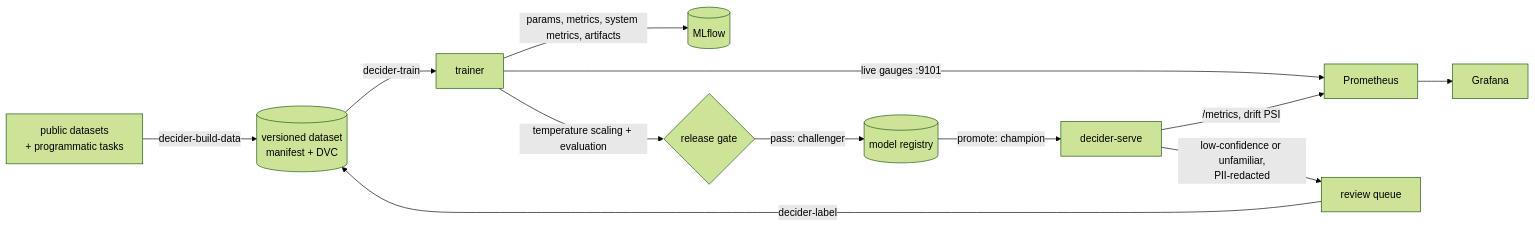
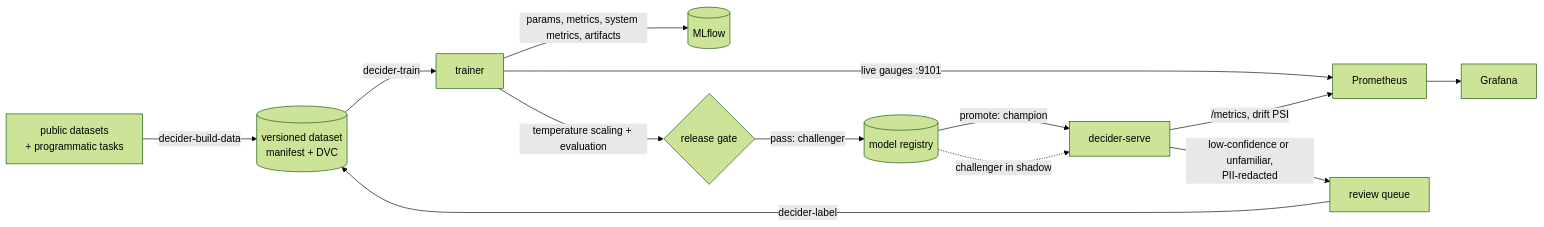
One commit to Zayan-droid/Jev changed the diagram in README.md. Above: the diagram before and after it, drawn with Mermaid (forest theme). The commit also changed other lines of this file and 16 other files, not shown here.

````diff
--- a/README.md
+++ b/README.md
@@ -236,13 +239,14 @@
 ```mermaid
 flowchart LR
   src[public datasets<br/>+ programmatic tasks] -->|decider-build-data| data[(versioned dataset<br/>manifest + DVC)]
   data -->|decider-train| train[trainer]
   train -->|params, metrics, system metrics, artifacts| mlflow[(MLflow)]
   train -->|live gauges :9101| prom[Prometheus] --> grafana[Grafana]
   train -->|temperature scaling + evaluation| gate{release gate}
   gate -->|pass: challenger| registry[(model registry)]
   registry -->|promote: champion| serve[decider-serve]
+  registry -.->|challenger in shadow| serve
   serve -->|/metrics, drift PSI| prom
   serve -->|low-confidence or unfamiliar,<br/>PII-redacted| queue[review queue]
   queue -->|decider-label| data
 ```
````
